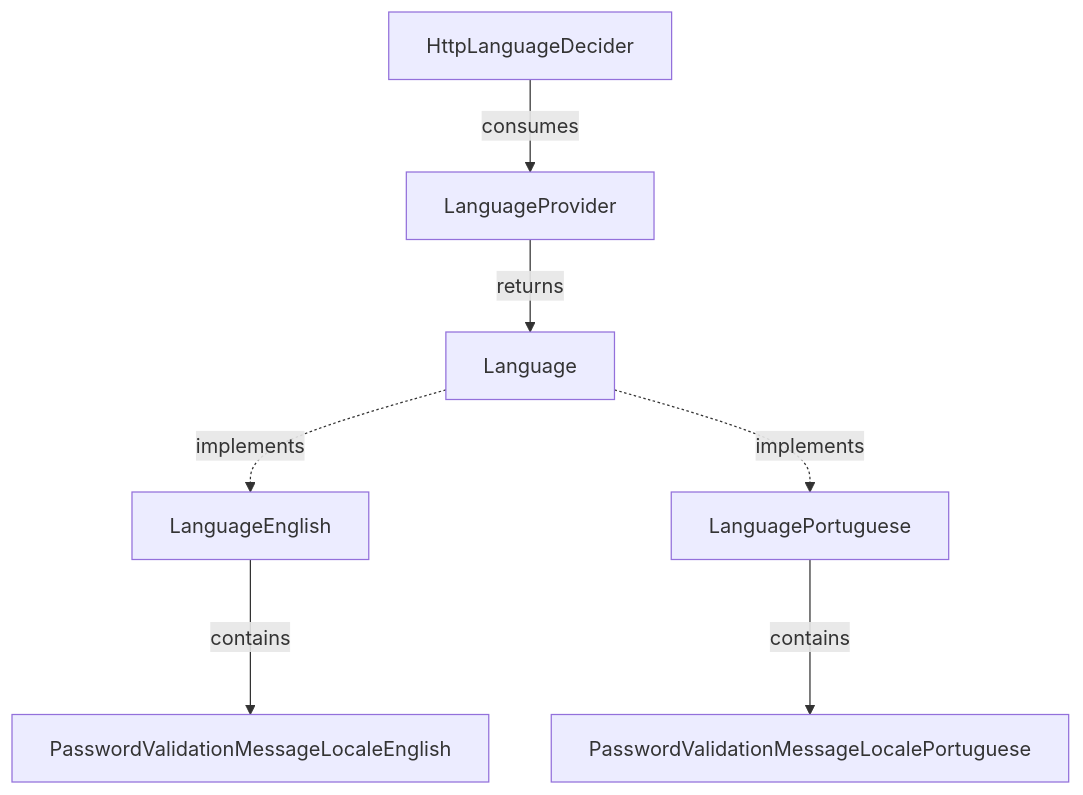
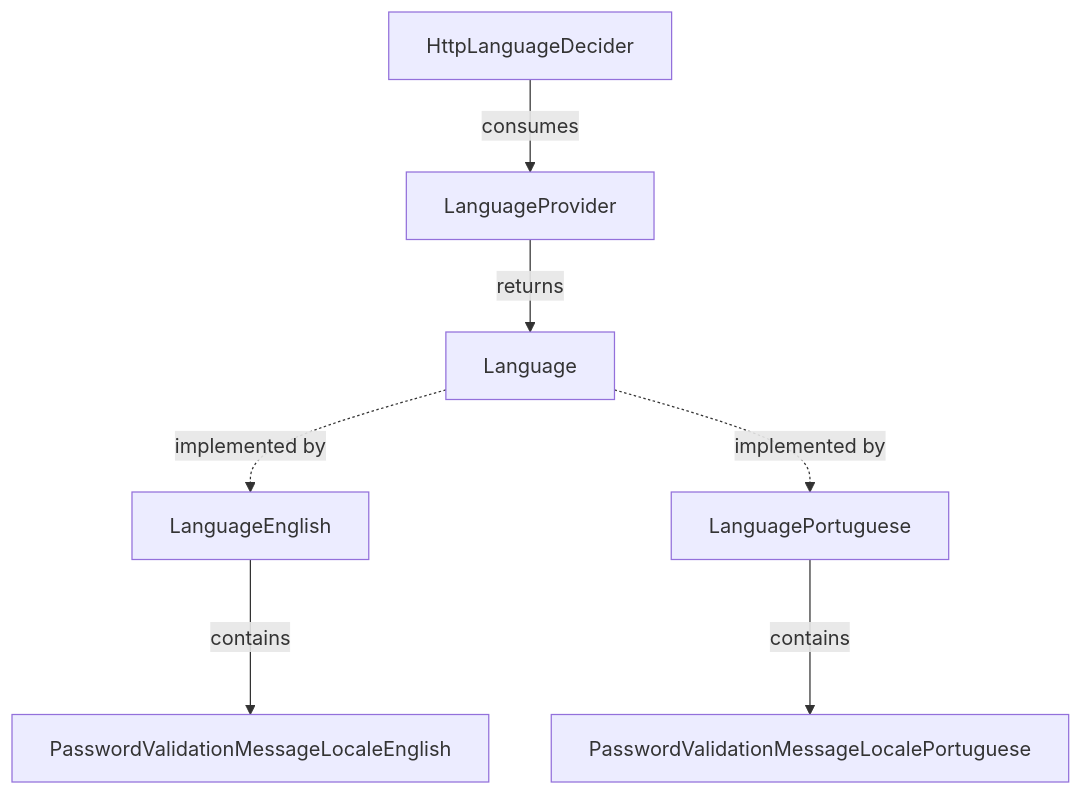
Before and after one commit to vqalves/interplayers-password-validator: the second of 5 diagrams in README.md, drawn with Mermaid. The commit also changed other lines of this file and 5 other files, not shown here.

````diff
--- a/README.md
+++ b/README.md
@@ -53,9 +70,9 @@
 ```mermaid
 graph TD;
     HttpLanguageDecider-->|consumes|LanguageProvider;
     LanguageProvider-->|returns|Language
-    Language-.->|implements|LanguageEnglish
-    Language-.->|implements|LanguagePortuguese
+    Language-.->|implemented by|LanguageEnglish
+    Language-.->|implemented by|LanguagePortuguese
     LanguageEnglish--->|contains|PasswordValidationMessageLocaleEnglish
     LanguagePortuguese--->|contains|PasswordValidationMessageLocalePortuguese
 ```
````
